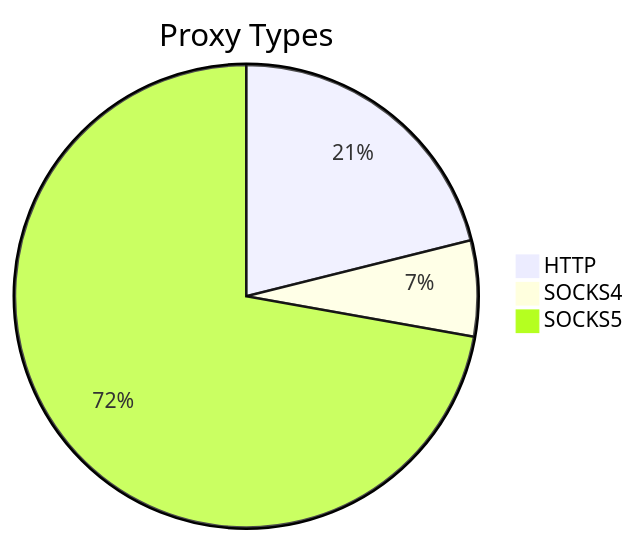
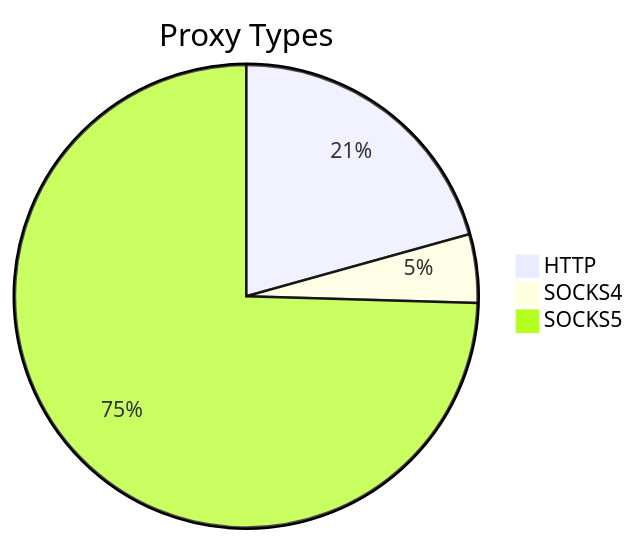
Before and after one commit to stormsia/proxy-list: the first of 2 diagrams in README.md, drawn with Mermaid. The commit also changed other lines of this file, not shown here.

````diff
--- a/README.md
+++ b/README.md
@@ -21,6 +21,6 @@
 ```mermaid
 pie title Proxy Types
-    "HTTP" : 126
-    "SOCKS4" : 40
-    "SOCKS5" : 431
+    "HTTP" : 134
+    "SOCKS4" : 31
+    "SOCKS5" : 483
 ```
````
